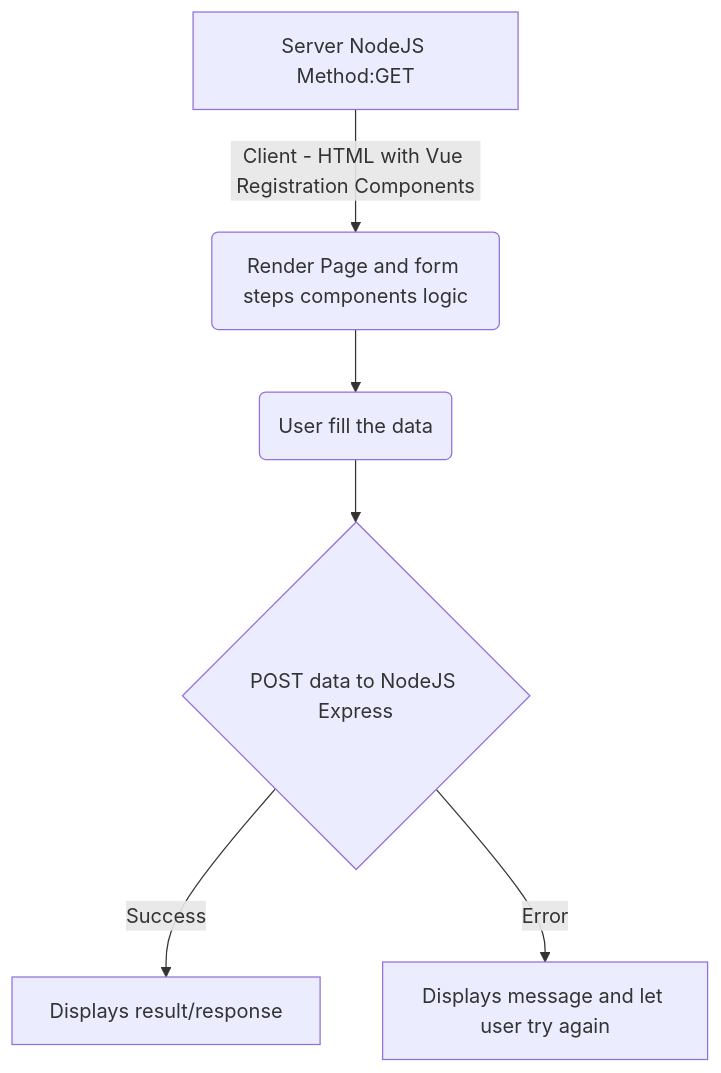
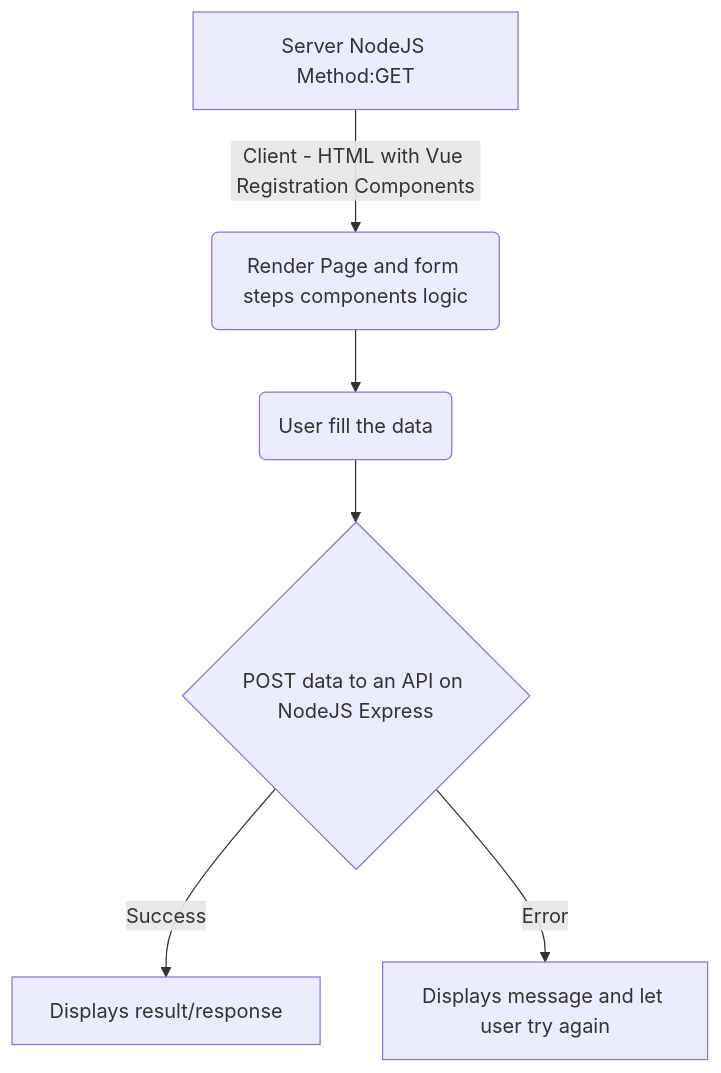
The diagram in README.md (mercadobitcoin/desafio-mb-web), drawn with Mermaid before and after one commit.

````diff
--- a/README.md
+++ b/README.md
@@ -13,8 +13,8 @@
 ```mermaid
 flowchart TD
     A[Server NodeJS Method:GET] -->|Client - HTML with Vue Registration Components| B(Render Page and form steps components logic)
     B --> C(User fill the data)
-    C --> D{POST data to NodeJS Express}
+    C --> D{POST data to an API on NodeJS Express}
     D -->|Success| F[Displays result/response]
     D -->|Error| G[Displays message and let user try again]
 ```
````
